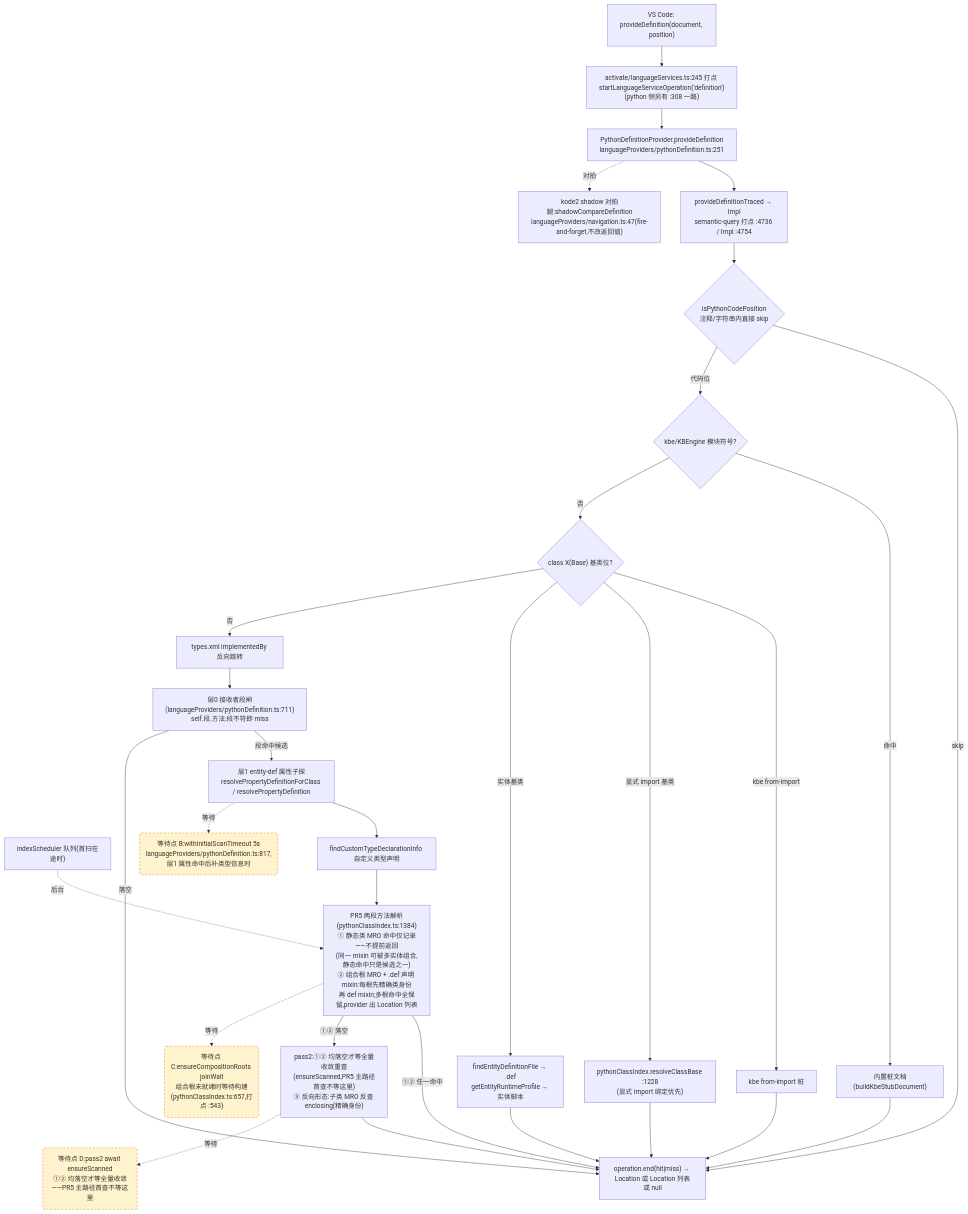
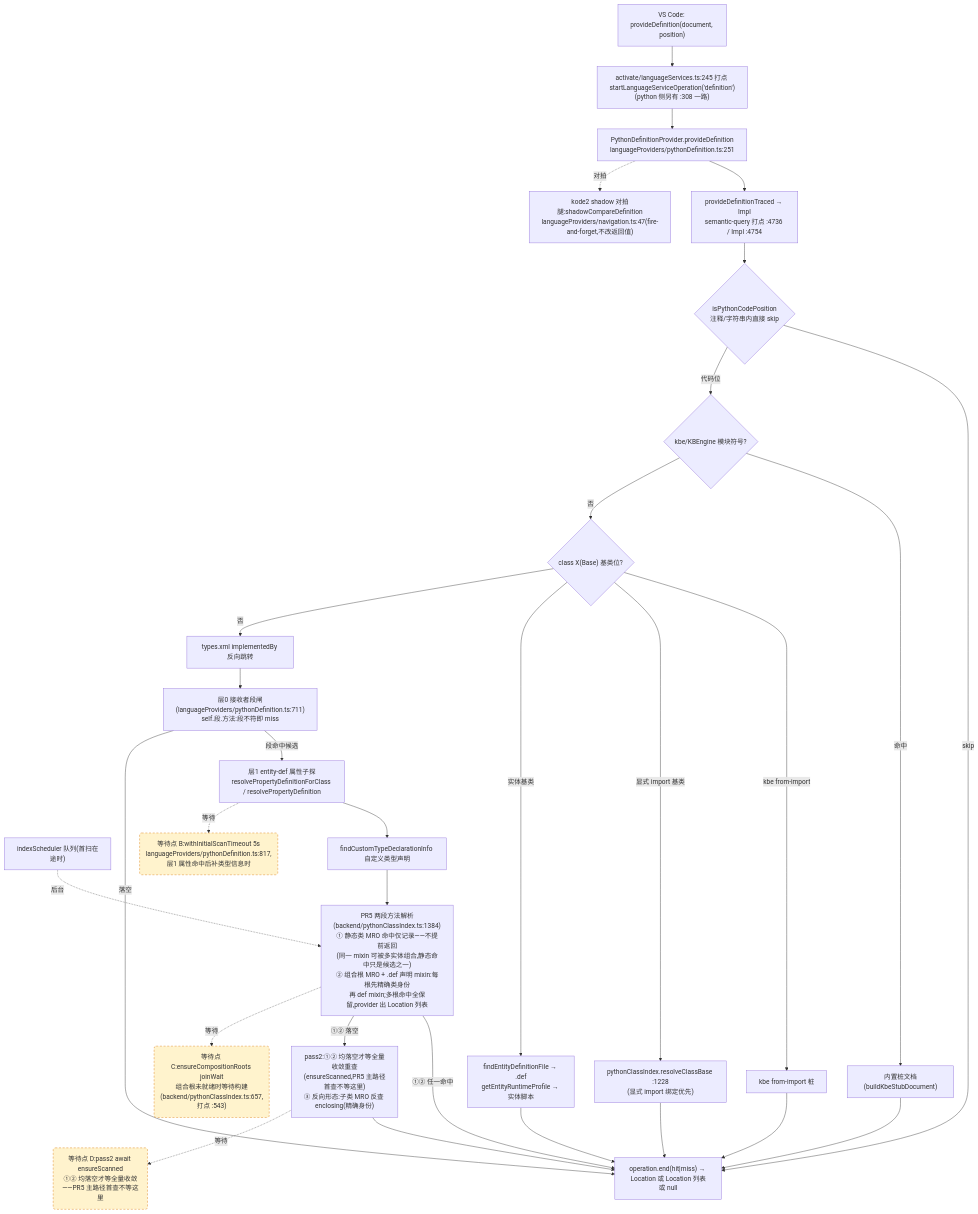
Before and after one commit to cuihairu/kode: the second of 4 diagrams in docs/perf/2026-baseline.md, drawn with Mermaid. The commit also changed 126 other files, not shown here.

Commit message:
refactor: move python analysis modules into src/backend

````diff
--- a/docs/perf/2026-baseline.md
+++ b/docs/perf/2026-baseline.md
@@ -130,51 +130,51 @@
 ```mermaid
 flowchart TD
   VC2["VS Code: provideDefinition(document, position)"]
   M2["activate/languageServices.ts:245 打点 startLanguageServiceOperation('definition')<br/>(python 侧另有 :308 一路)"]
   AD2["PythonDefinitionProvider.provideDefinition<br/>languageProviders/pythonDefinition.ts:251"]
   TR["provideDefinitionTraced → Impl<br/>semantic-query 打点 :4736 / Impl :4754"]
   CTX{"isPythonCodePosition<br/>注释/字符串内直接 skip"}
   KBE{"kbe/KBEngine 模块符号?"}
   STUB["内置桩文档(buildKbeStubDocument)"]
   CB{"class X(Base) 基类位?"}
   CB1["kbe from-import 桩"]
   CB2["pythonClassIndex.resolveClassBase :1228<br/>(显式 import 绑定优先)"]
   CB3["findEntityDefinitionFile → .def<br/>getEntityRuntimeProfile → 实体脚本"]
   REV["types.xml implementedBy 反向跳转"]
   L0["层0 接收者段闸(languageProviders/pythonDefinition.ts:711)<br/>self.段.方法:段不符即 miss"]
   L1["层1 entity-def 属性子探<br/>resolvePropertyDefinitionForClass / resolvePropertyDefinition"]
   SCAN["indexScheduler 队列(首扫在途时)"]
   TY["findCustomTypeDeclarationInfo 自定义类型声明"]
-  MRO["PR5 两段方法解析(pythonClassIndex.ts:1384)<br/>① 静态类 MRO 命中仅记录——不提前返回<br/>(同一 mixin 可被多实体组合,静态命中只是候选之一)<br/>② 组合根 MRO + .def 声明 mixin:每根先精确类身份<br/>再 def mixin;多根命中全保留,provider 出 Location 列表"]
+  MRO["PR5 两段方法解析(backend/pythonClassIndex.ts:1384)<br/>① 静态类 MRO 命中仅记录——不提前返回<br/>(同一 mixin 可被多实体组合,静态命中只是候选之一)<br/>② 组合根 MRO + .def 声明 mixin:每根先精确类身份<br/>再 def mixin;多根命中全保留,provider 出 Location 列表"]
   PASS2["pass2:①② 均落空才等全量收敛重查<br/>(ensureScanned,PR5 主路径首查不等这里)<br/>③ 反向形态:子类 MRO 反查 enclosing(精确身份)"]
   SHD["kode2 shadow 对拍腿:shadowCompareDefinition<br/>languageProviders/navigation.ts:47(fire-and-forget,不改返回值)"]
   END2["operation.end(hit|miss) → Location 或 Location 列表或 null"]
 
   VC2 --> M2 --> AD2 --> TR --> CTX
   CTX -- "skip" --> END2
   CTX -- "代码位" --> KBE
   KBE -- "命中" --> STUB --> END2
   KBE -- "否" --> CB
   CB -- "kbe from-import" --> CB1 --> END2
   CB -- "显式 import 基类" --> CB2 --> END2
   CB -- "实体基类" --> CB3 --> END2
   CB -- "否" --> REV --> L0
   L0 -- "段命中候选" --> L1
   L0 -- "落空" --> END2
   L1 --> TY
   TY --> MRO
   MRO -- "①② 任一命中" --> END2
   MRO -- "①② 落空" --> PASS2 --> END2
   AD2 -.->|对拍| SHD
 
   WAITB("等待点 B:withInitialScanTimeout 5s<br/>languageProviders/pythonDefinition.ts:817,层1 属性命中后补类型信息时")
-  WAITC("等待点 C:ensureCompositionRoots joinWait<br/>组合根未就绪时等待构建(pythonClassIndex.ts:657,打点 :543)")
+  WAITC("等待点 C:ensureCompositionRoots joinWait<br/>组合根未就绪时等待构建(backend/pythonClassIndex.ts:657,打点 :543)")
   WAITD("等待点 D:pass2 await ensureScanned<br/>①② 均落空才等全量收敛——PR5 主路径首查不等这里")
   L1 -.->|等待| WAITB
   MRO -.->|等待| WAITC
   PASS2 -.->|等待| WAITD
   SCAN -.->|后台| MRO
 
   classDef waitPoint fill:#fff3cd,stroke:#d97706,stroke-dasharray:5 4;
   class WAITB,WAITC,WAITD waitPoint;
 ```
````
